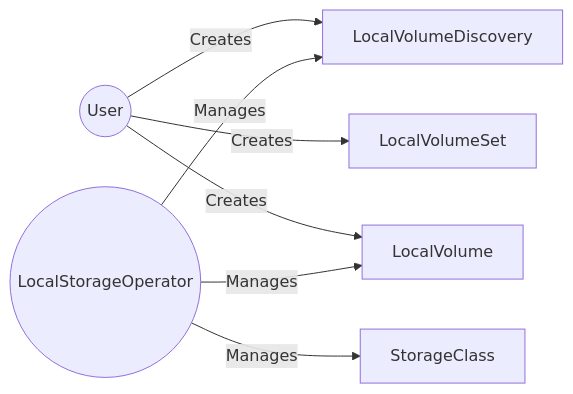
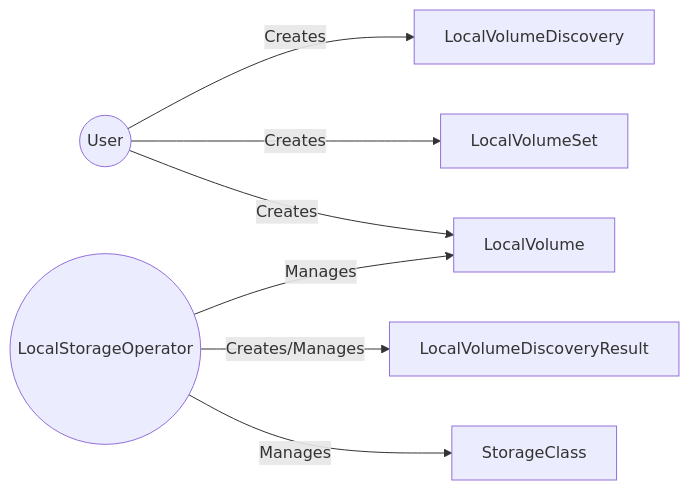
Before and after one commit to openshift/local-storage-operator: the second of 2 diagrams in README.md, drawn with Mermaid.

````diff
--- a/README.md
+++ b/README.md
@@ -23,9 +23,9 @@
 ```mermaid
 graph LR
     User((User)) -->|Creates| LocalVolumeDiscovery
     User -->|Creates| LocalVolumeSet
     User -->|Creates| LocalVolume
-    LocalStorageOperator((LocalStorageOperator)) -->|Manages| LocalVolumeDiscovery
+    LocalStorageOperator((LocalStorageOperator)) -->|Creates/Manages| LocalVolumeDiscoveryResult
     LocalStorageOperator -->|Manages| LocalVolume
     LocalStorageOperator -->|Manages| StorageClass
 ```
````
